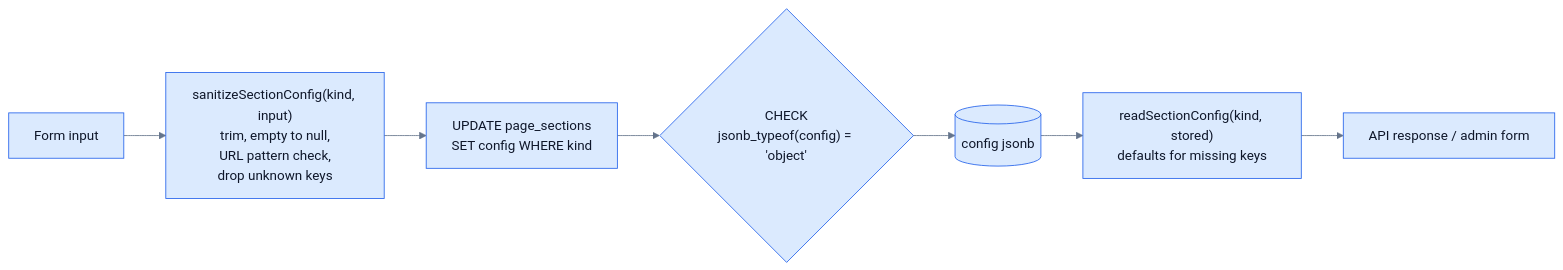
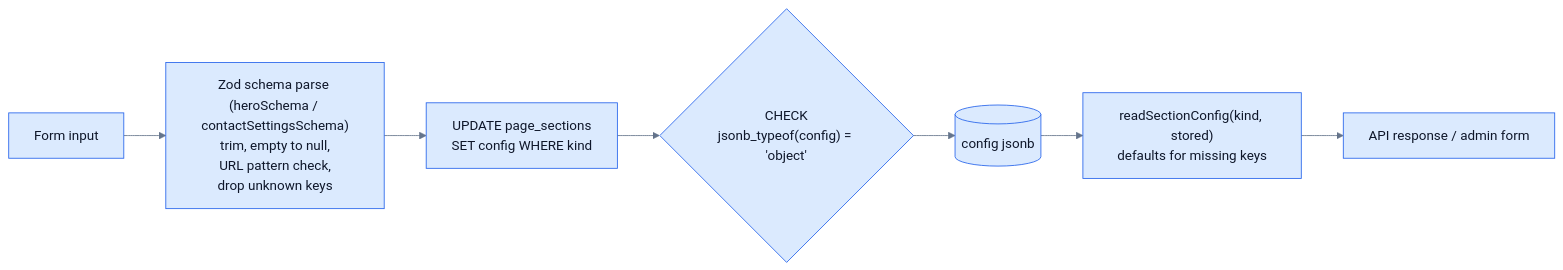
One commit to mhmdsbr/portfolio changed the eighth of 14 diagrams in docs/database-architecture.md. Above: the diagram before and after it, drawn with Mermaid. The commit also changed other lines of this file and 31 other files, not shown here.

````diff
--- a/docs/database-architecture.md
+++ b/docs/database-architecture.md
@@ -375,10 +375,10 @@
 ```mermaid
 %%{init: {'theme':'base','themeVariables':{'primaryColor':'#dbeafe','primaryTextColor':'#0f172a','primaryBorderColor':'#2563eb','secondaryColor':'#e0f2fe','tertiaryColor':'#f1f5f9','lineColor':'#64748b','textColor':'#0f172a','mainBkg':'#dbeafe','nodeBorder':'#2563eb','clusterBkg':'#f1f5f9','clusterBorder':'#94a3b8','titleColor':'#0f172a','edgeLabelBackground':'#e2e8f0'}}}%%
 flowchart LR
-    IN["Form input"] --> SAN["sanitizeSectionConfig(kind, input)<br/>trim, empty to null,<br/>URL pattern check,<br/>drop unknown keys"]
+    IN["Form input"] --> SAN["Zod schema parse (heroSchema / contactSettingsSchema)<br/>trim, empty to null,<br/>URL pattern check,<br/>drop unknown keys"]
     SAN --> UPD["UPDATE page_sections<br/>SET config WHERE kind"]
     UPD --> CHK{"CHECK<br/>jsonb_typeof(config) = 'object'"}
     CHK --> STORE[("config jsonb")]
     STORE --> RD["readSectionConfig(kind, stored)<br/>defaults for missing keys"]
     RD --> OUT["API response / admin form"]
 ```
````
